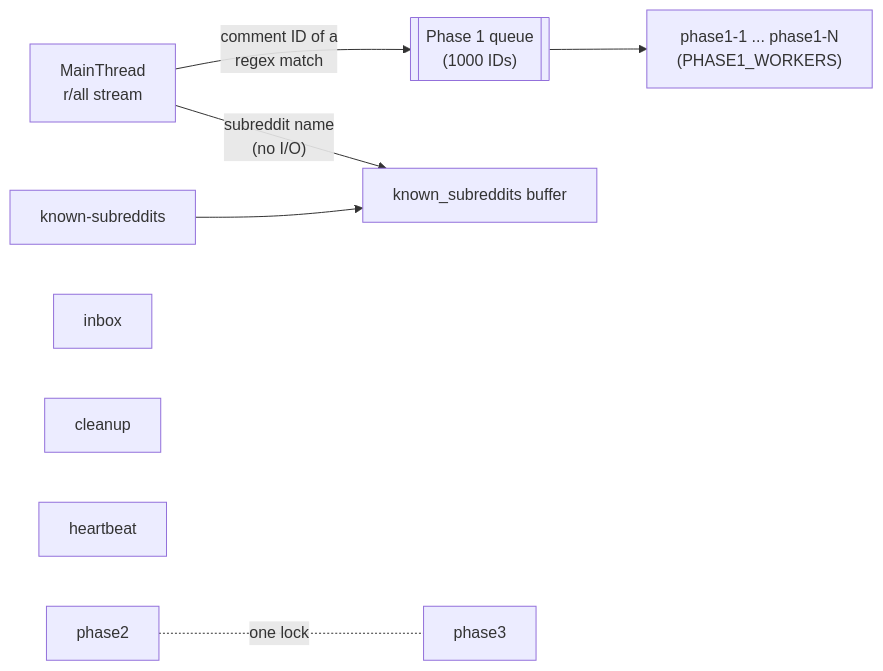
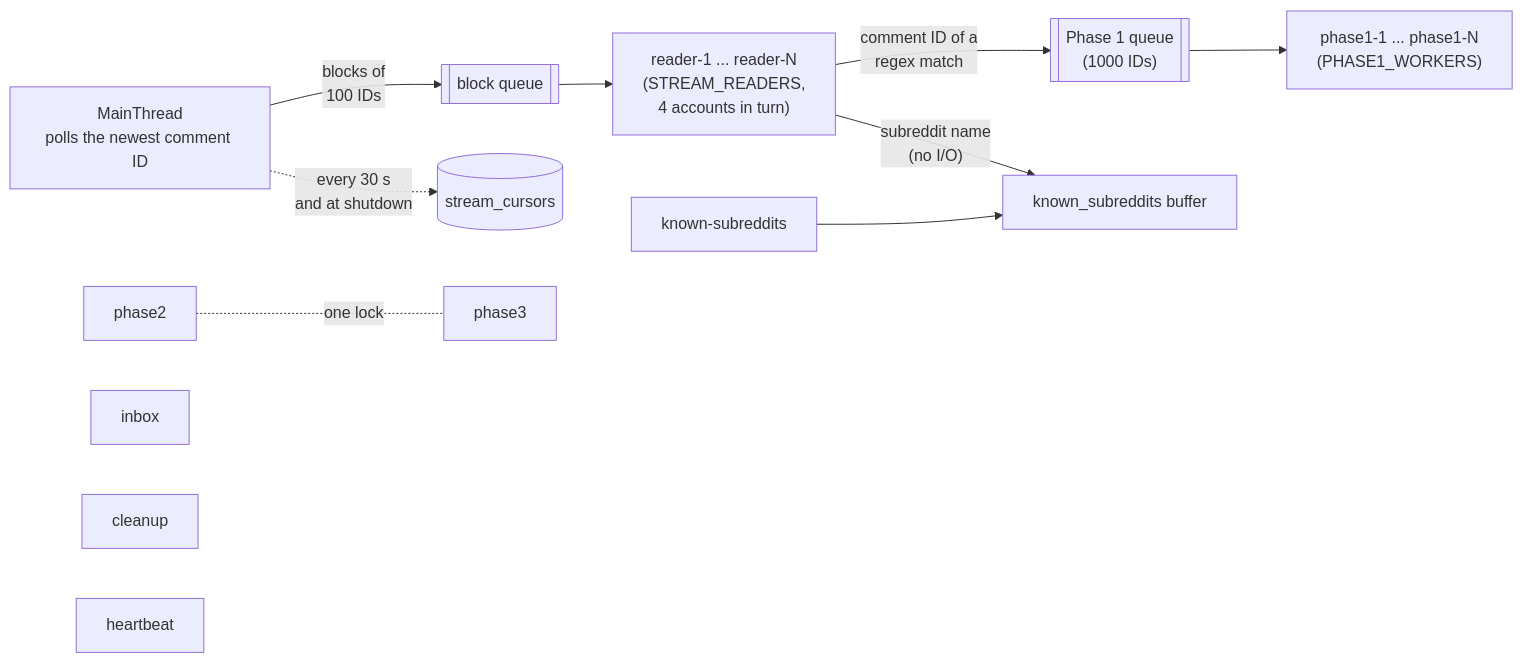
One commit to Toldry/RedditAutoCrosspostBot changed the third of 4 diagrams in AGENTS.md. Above: the diagram before and after it, drawn with Mermaid. The commit also changed other lines of this file and 16 other files, not shown here.

First line of the commit message:
feat: read every new comment by ID range, resume after restarts

````diff
--- a/AGENTS.md
+++ b/AGENTS.md
@@ -554,11 +576,14 @@
 ```mermaid
 flowchart LR
-    S["MainThread\nr/all stream"] -->|"comment ID of a\nregex match"| Q[["Phase 1 queue\n(1000 IDs)"]]
+    M["MainThread\npolls the newest comment ID"] -->|"blocks of\n100 IDs"| BQ[["block queue"]]
+    M -.->|"every 30 s\nand at shutdown"| C[("stream_cursors")]
+    BQ --> S["reader-1 ... reader-N\n(STREAM_READERS,\n4 accounts in turn)"]
+    S -->|"comment ID of a\nregex match"| Q[["Phase 1 queue\n(1000 IDs)"]]
     Q --> W["phase1-1 ... phase1-N\n(PHASE1_WORKERS)"]
     S -->|"subreddit name\n(no I/O)"| K["known_subreddits buffer"]
     J1["phase2"] -.-|"one lock"| J2["phase3"]
     J3["inbox"]
     J4["cleanup"]
     J5["heartbeat"]
     J6["known-subreddits"] --> K
 ```
````
